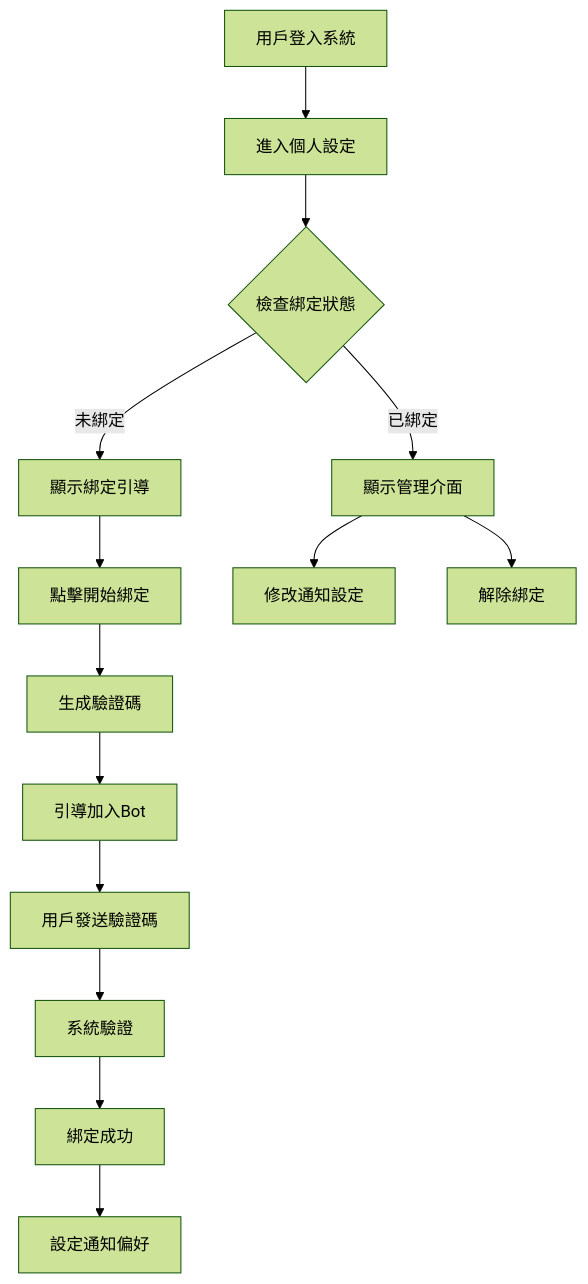
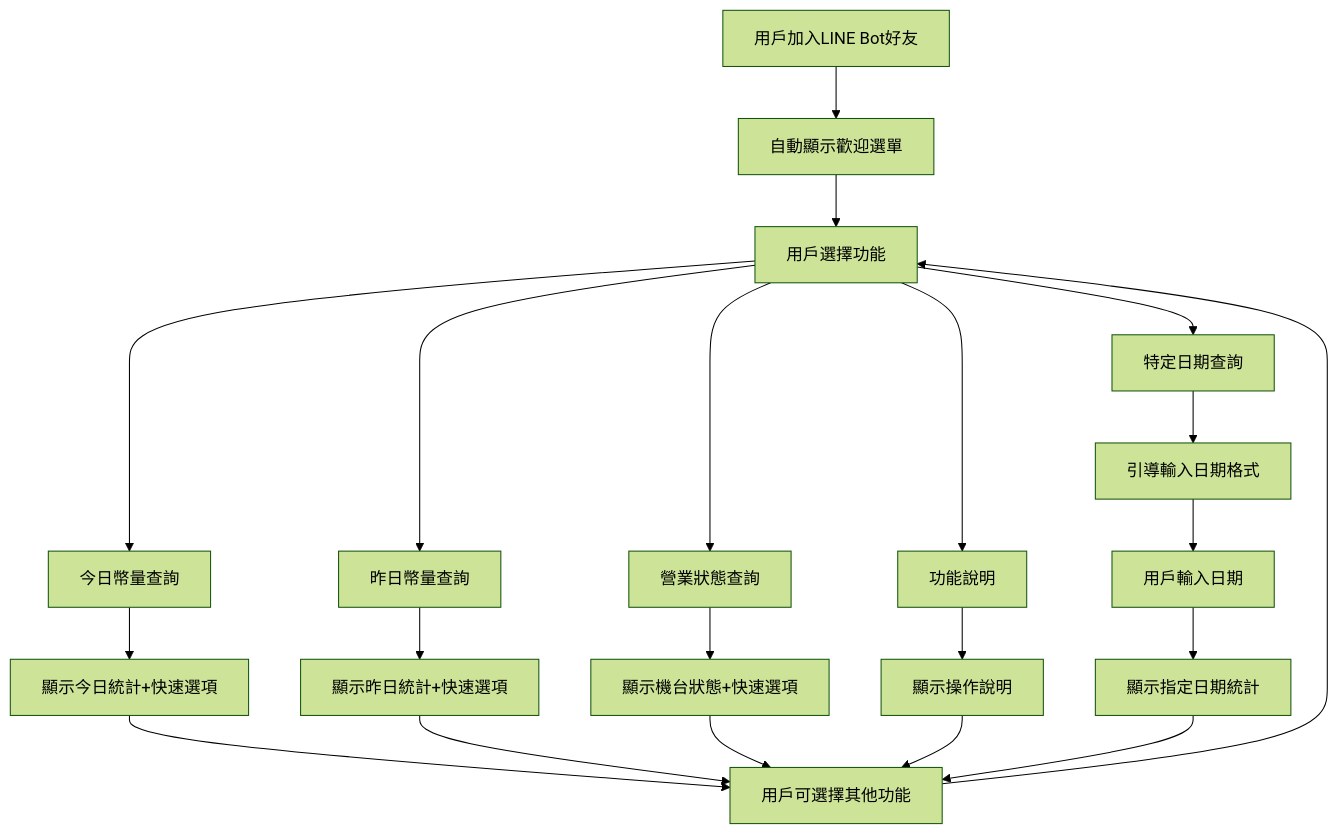
Before and after one commit to propsky/coinerEX: the diagram in docs/technical/telegram-ui-design.md, drawn with Mermaid (forest theme). The commit also changed other lines of this file and 3 other files, not shown here.

````diff
--- a/docs/technical/telegram-ui-design.md
+++ b/docs/technical/telegram-ui-design.md
@@ -9,18 +9,26 @@
 ```mermaid
 graph TD
-    A[用戶登入系統] --> B[進入個人設定]
-    B --> C{檢查綁定狀態}
-    C -->|未綁定| D[顯示綁定引導]
-    C -->|已綁定| E[顯示管理介面]
+    A[用戶加入LINE Bot好友] --> B[自動顯示歡迎選單]
+    B --> C[用戶選擇功能]
     
-    D --> F[點擊開始綁定]
-    F --> G[生成驗證碼]
-    G --> H[引導加入Bot]
-    H --> I[用戶發送驗證碼]
-    I --> J[系統驗證]
-    J --> K[綁定成功]
-    K --> L[設定通知偏好]
+    C --> D[今日幣量查詢]
+    C --> E[昨日幣量查詢]  
+    C --> F[營業狀態查詢]
+    C --> G[特定日期查詢]
+    C --> H[功能說明]
     
-    E --> M[修改通知設定]
-    E --> N[解除綁定]
+    D --> I[顯示今日統計+快速選項]
+    E --> J[顯示昨日統計+快速選項]
+    F --> K[顯示機台狀態+快速選項]
+    G --> L[引導輸入日期格式]
+    H --> M[顯示操作說明]
+    
+    I --> N[用戶可選擇其他功能]
+    J --> N
+    K --> N
+    L --> O[用戶輸入日期]
+    O --> P[顯示指定日期統計]
+    M --> N
+    P --> N
+    N --> C
 ```
````
